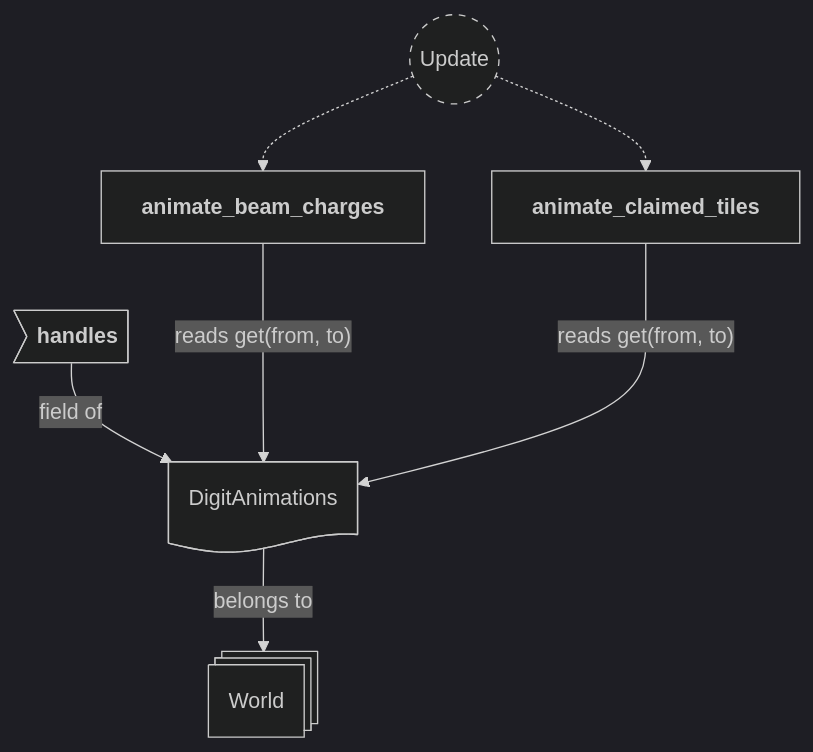
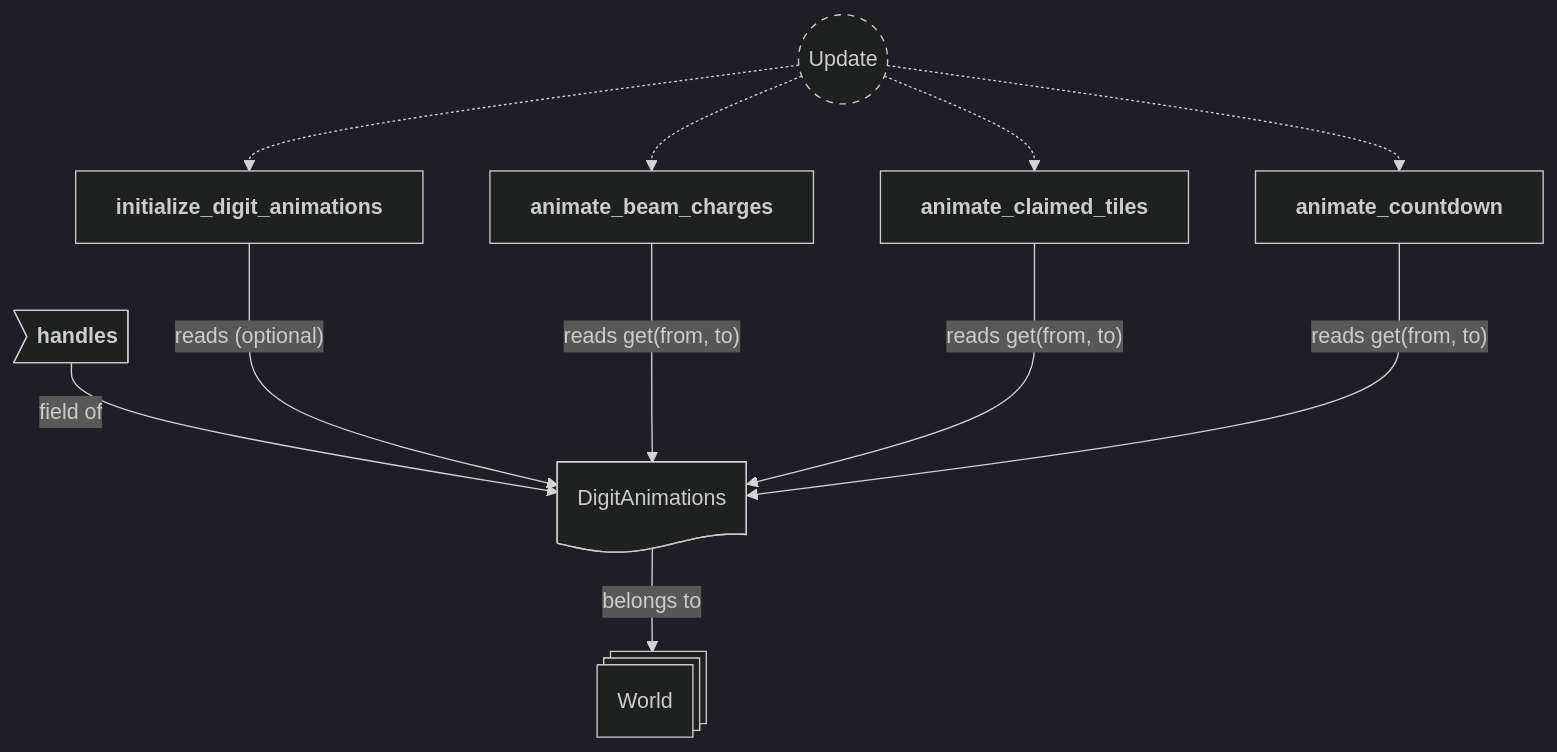
Diagram 12 of 22 in backlog/docs/doc-14 - 012-HUD-plugin.md (neurosoup/tyled), drawn with Mermaid before and after one commit. The commit also changed other lines of this file and 2 other files, not shown here.

First line of the commit message:
Docs: update doc-14 HUD plugin and doc-12 CRUD; build digit animations once

````diff
--- a/backlog/docs/doc-14 - 012-HUD-plugin.md
+++ b/backlog/docs/doc-14 - 012-HUD-plugin.md
@@ -445,27 +463,33 @@
 ```mermaid
 ---
 config:
   theme: dark
 ---
 
 flowchart TD
 classDef system-group stroke-dasharray: 5 5
 
 update(("`Update`")):::system-group
+initialize_digit_animations["`**initialize_digit_animations**`"]
 animate_beam_charges["`**animate_beam_charges**`"]
 animate_claimed_tiles["`**animate_claimed_tiles**`"]
+animate_countdown["`**animate_countdown**`"]
 
+update -.-> initialize_digit_animations
 update -.-> animate_beam_charges
 update -.-> animate_claimed_tiles
+update -.-> animate_countdown
 
 world@{ shape: st-rect, label: "World" }
 digit_anims_res@{ shape: doc, label: "DigitAnimations" }
 
 da_handles>"`**handles**`"]
 
 digit_anims_res --> |belongs to| world
 da_handles --> |field of| digit_anims_res
 
+initialize_digit_animations ---> |"reads (optional)"| digit_anims_res
 animate_beam_charges ---> |"reads get(from, to)"| digit_anims_res
 animate_claimed_tiles ---> |"reads get(from, to)"| digit_anims_res
+animate_countdown ---> |"reads get(from, to)"| digit_anims_res
 ```
````
